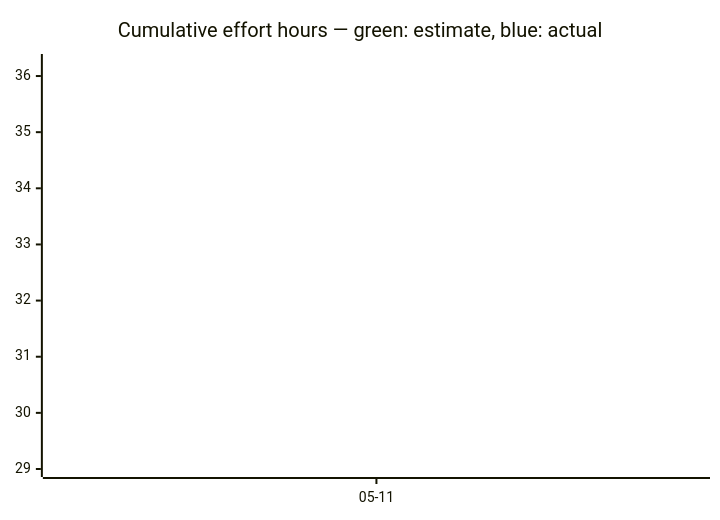
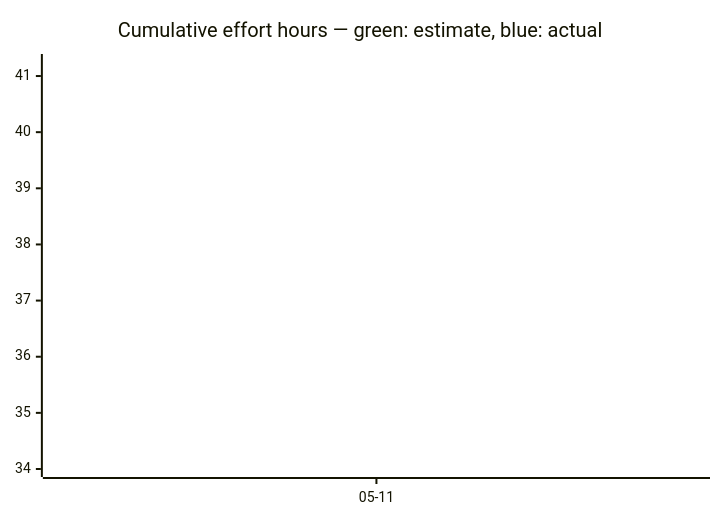
Before and after one commit to tgd1975/AwesomeGuitarPedal: the third of 3 diagrams in docs/developers/tasks/OVERVIEW.md, drawn with Mermaid. The commit also changed other lines of this file and 8 other files, not shown here.

````diff
--- a/docs/developers/tasks/OVERVIEW.md
+++ b/docs/developers/tasks/OVERVIEW.md
@@ -40,7 +40,7 @@
 ```mermaid
 xychart-beta
     title "Cumulative effort hours — green: estimate, blue: actual"
     x-axis ["05-11"]
-    line [29]
-    line [36.25]
+    line [34]
+    line [41.25]
 ```
````
